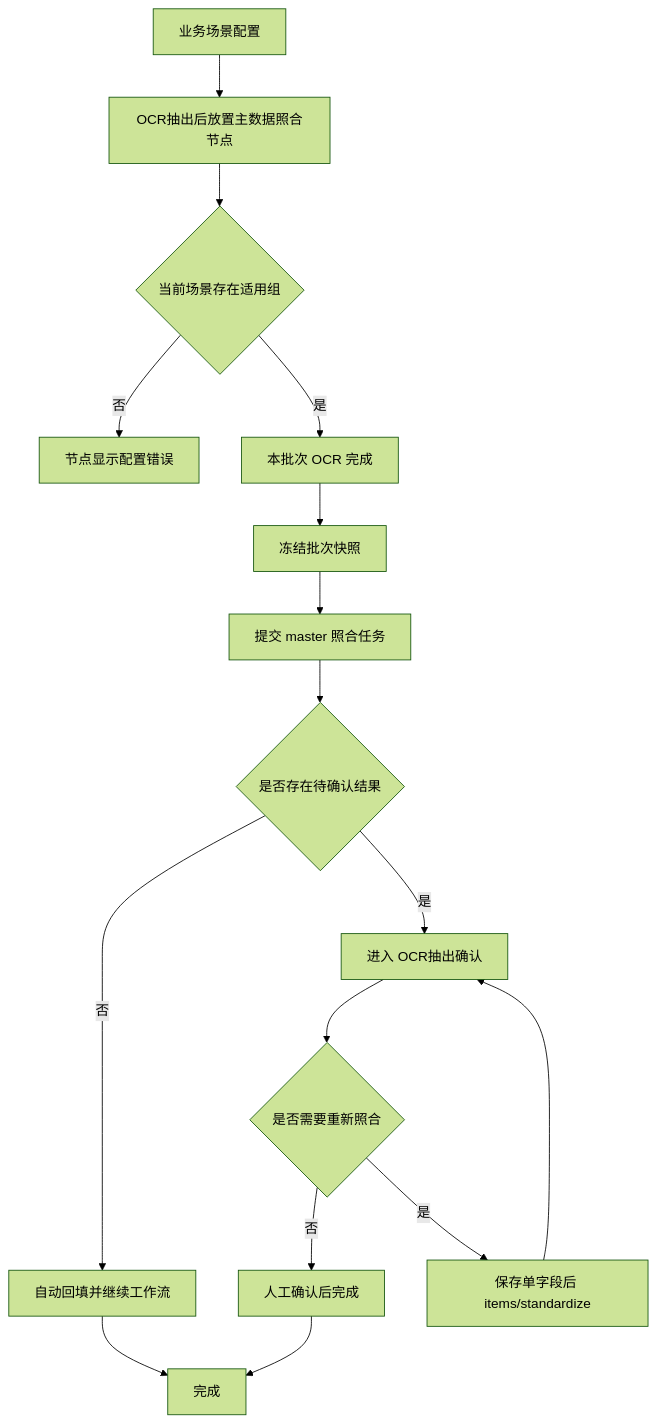
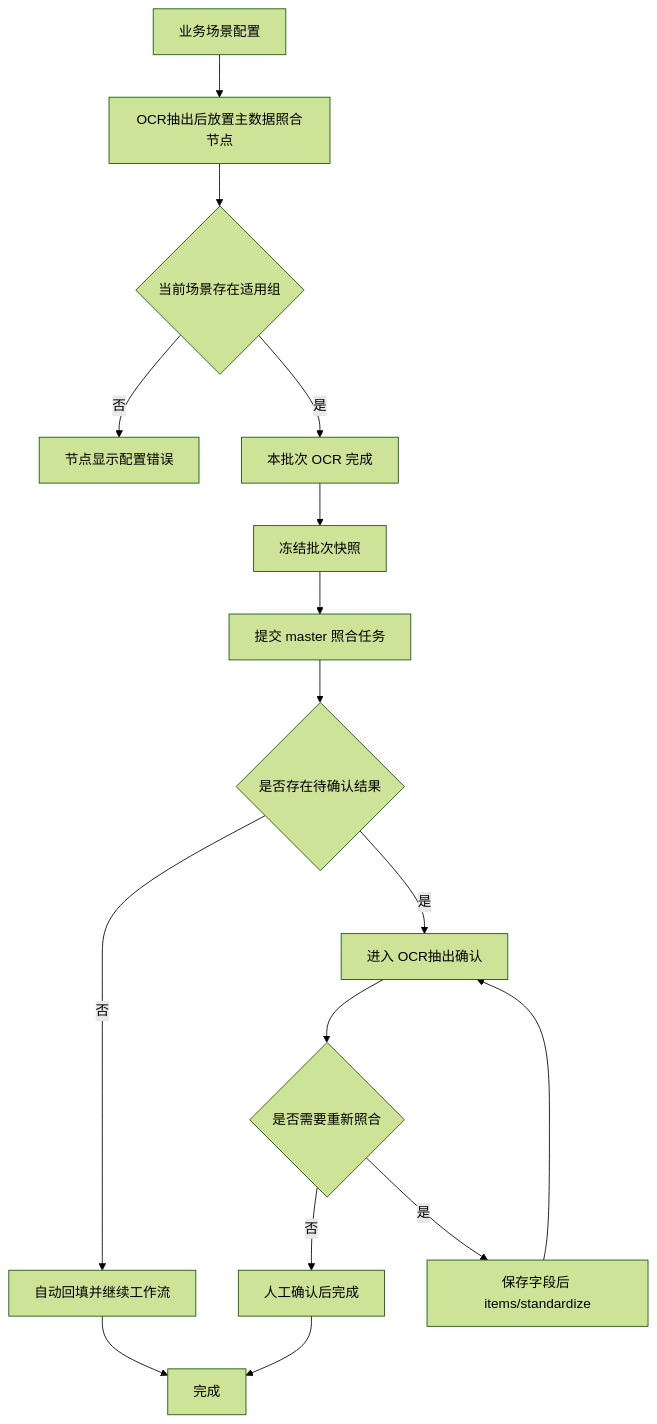
The second of 6 diagrams in interaction-prd/NeosAI-IDP-四期需求-workspace/prd/chapter-05.md (aruirage/IDP-Ph4-Master-Demo-PRD), drawn with Mermaid (forest theme) before and after one commit. The commit also changed other lines of this file and 8 other files, not shown here.

````diff
--- a/interaction-prd/NeosAI-IDP-四期需求-workspace/prd/chapter-05.md
+++ b/interaction-prd/NeosAI-IDP-四期需求-workspace/prd/chapter-05.md
@@ -519,18 +477,18 @@
 ```mermaid
 flowchart TD
     A[业务场景配置] --> B[OCR抽出后放置主数据照合节点]
     B --> C{当前场景存在适用组}
     C -->|否| D[节点显示配置错误]
     C -->|是| E[本批次 OCR 完成]
     E --> F[冻结批次快照]
     F --> G[提交 master 照合任务]
     G --> H{是否存在待确认结果}
     H -->|否| I[自动回填并继续工作流]
     H -->|是| J[进入 OCR抽出确认]
     J --> K{是否需要重新照合}
     K -->|否| L[人工确认后完成]
-    K -->|是| M[保存单字段后 items/standardize]
+    K -->|是| M[保存字段后 items/standardize]
     M --> J
     L --> Z[完成]
     I --> Z[完成]
 ```
````
